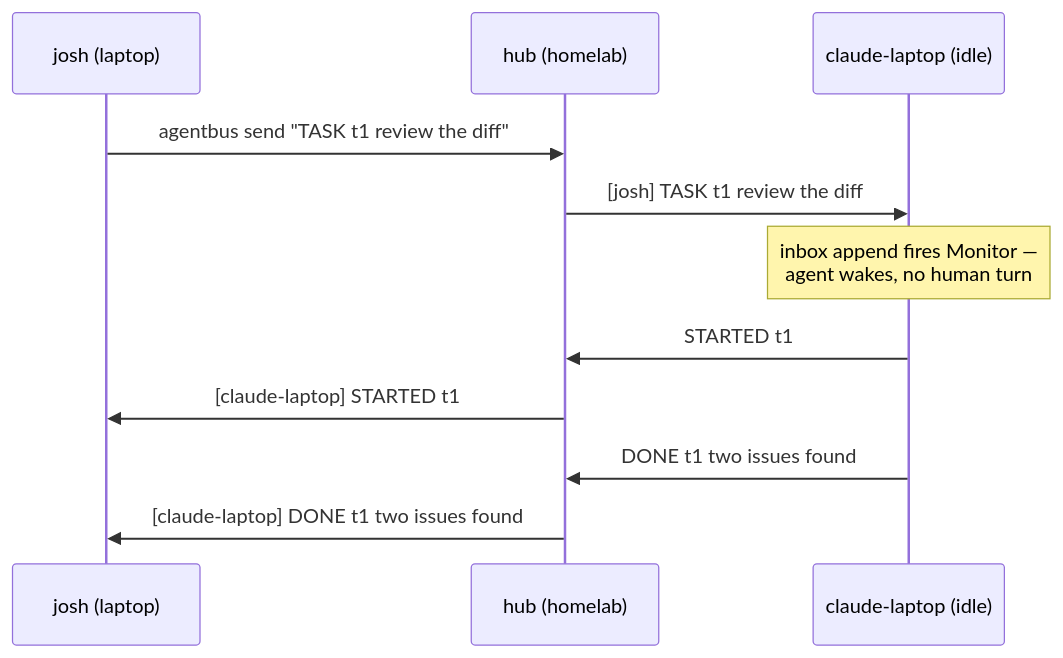
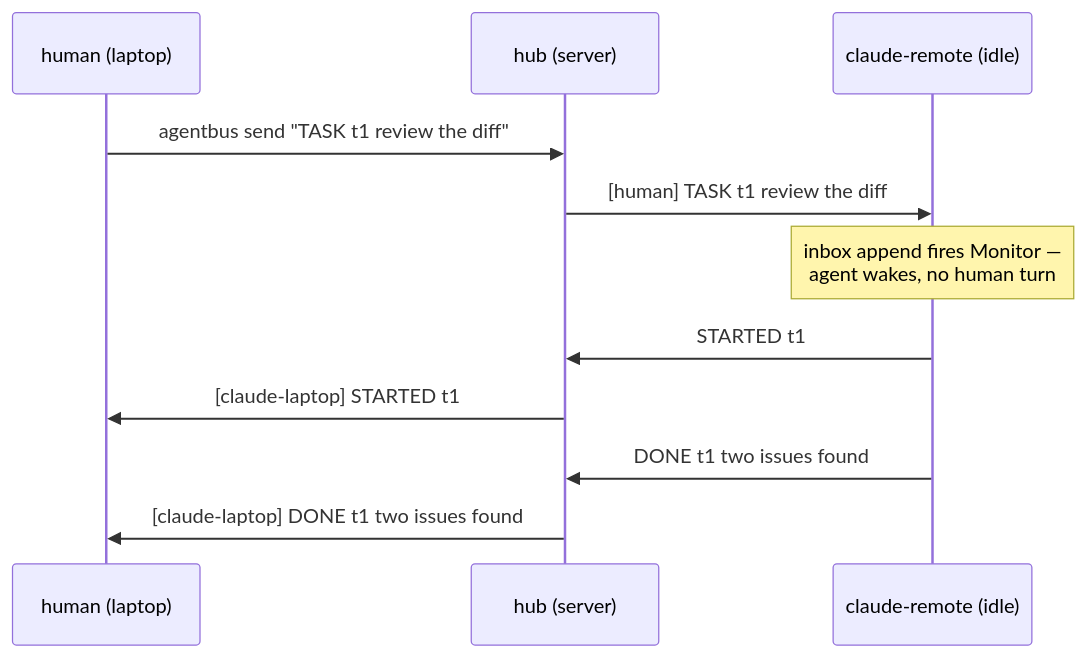
The diagram in README.md (joshuafuller/agentbus), drawn with Mermaid before and after one commit. The commit also changed other lines of this file and 5 other files, not shown here.

````diff
--- a/README.md
+++ b/README.md
@@ -62,13 +62,13 @@
 ```mermaid
 sequenceDiagram
-    participant J as josh (laptop)
-    participant H as hub (homelab)
-    participant C as claude-laptop (idle)
+    participant J as human (laptop)
+    participant H as hub (server)
+    participant C as claude-remote (idle)
     J->>H: agentbus send "TASK t1 review the diff"
-    H->>C: [josh] TASK t1 review the diff
+    H->>C: [human] TASK t1 review the diff
     Note over C: inbox append fires Monitor —<br/>agent wakes, no human turn
     C->>H: STARTED t1
     H->>J: [claude-laptop] STARTED t1
     C->>H: DONE t1 two issues found
     H->>J: [claude-laptop] DONE t1 two issues found
 ```
````
